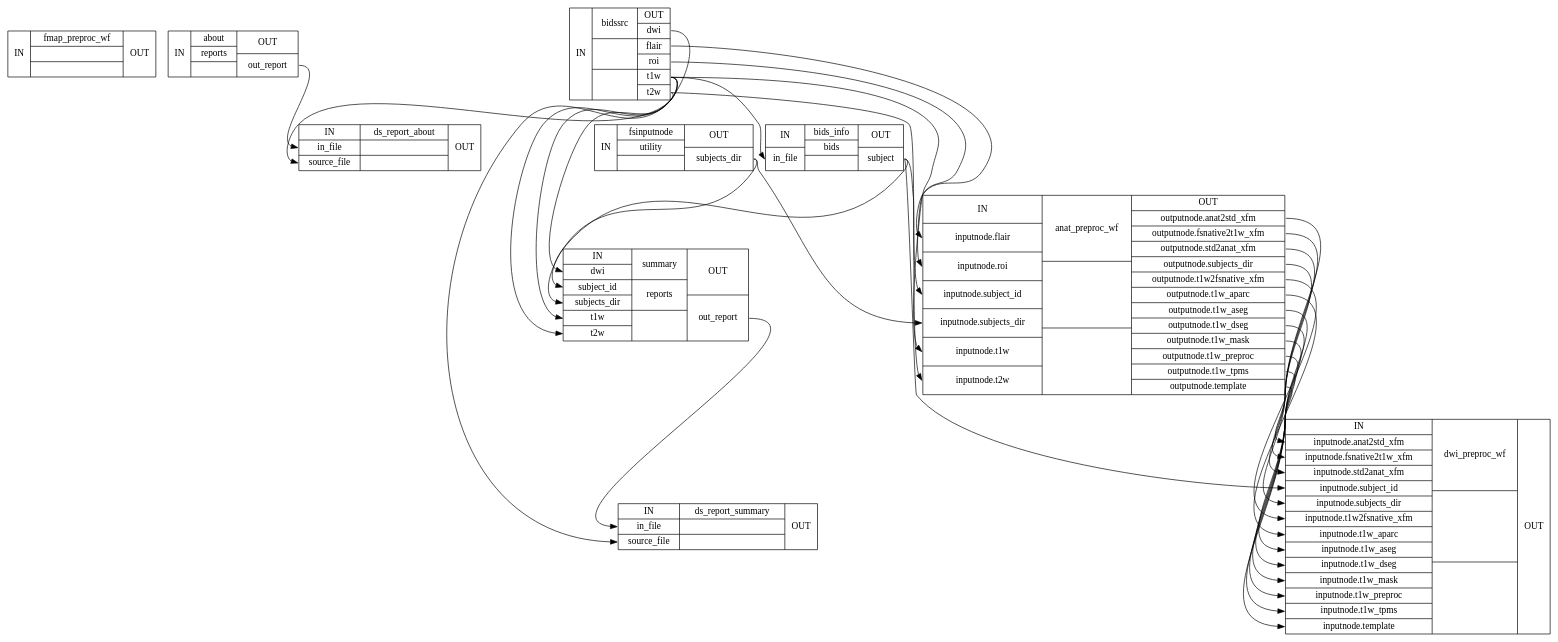
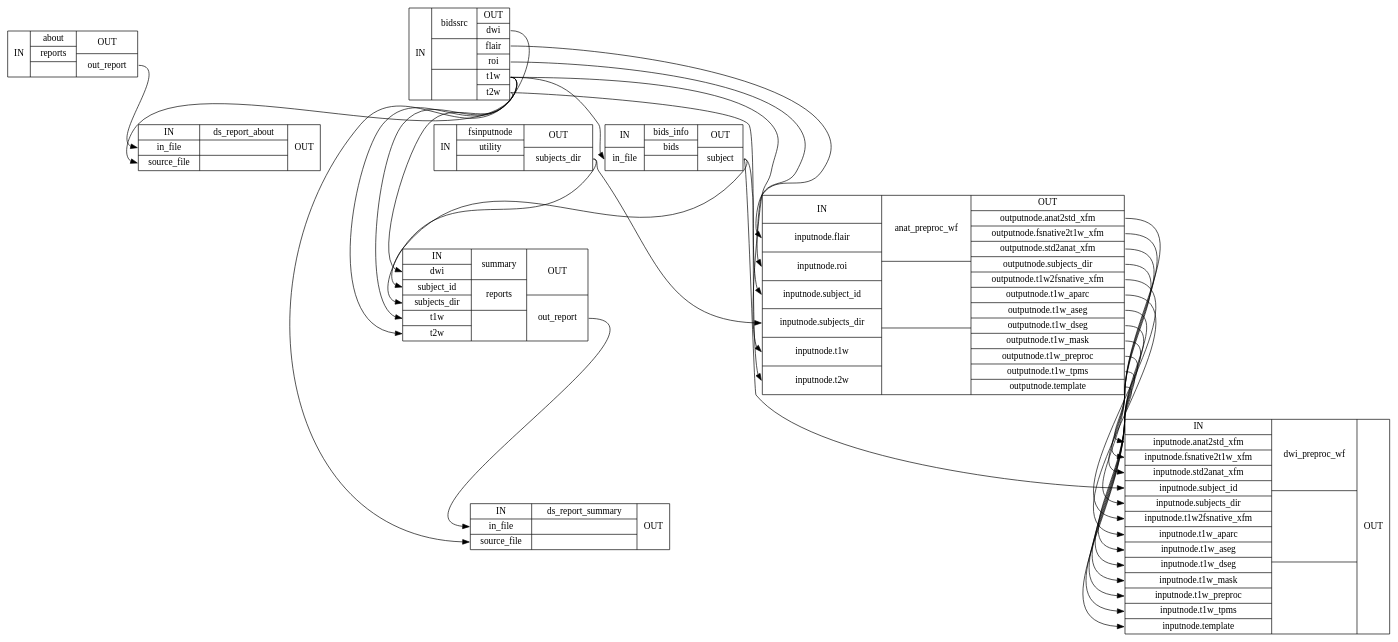
One commit to nipreps/dmriprep changed the diagram in wf_directive/api/single_subject_THP0005_wf/dmriprep-workflows-base-2_detailed.dot. Above: the diagram before and after it, drawn with Graphviz. The commit also changed 302 other files, not shown here.

```diff
--- a/wf_directive/api/single_subject_THP0005_wf/dmriprep-workflows-base-2_detailed.dot
+++ b/wf_directive/api/single_subject_THP0005_wf/dmriprep-workflows-base-2_detailed.dot
@@ -1,42 +1,41 @@
 digraph structs {
 node [shape=record];
-single_subject_THP0005_wffmap_preproc_wf [label="{IN}|{ fmap_preproc_wf |  |  }|{OUT}"];
 single_subject_THP0005_wfabout [label="{IN}|{ about | reports |  }|{OUT|<outoutreport> out_report}"];
 single_subject_THP0005_wfbidssrc [label="{IN}|{ bidssrc |  |  }|{OUT|<outdwi> dwi|<outflair> flair|<outroi> roi|<outt1w> t1w|<outt2w> t2w}"];
 single_subject_THP0005_wfds_report_about [label="{IN|<ininfile> in_file|<insourcefile> source_file}|{ ds_report_about |  |  }|{OUT}"];
 single_subject_THP0005_wfbids_info [label="{IN|<ininfile> in_file}|{ bids_info | bids |  }|{OUT|<outsubject> subject}"];
 single_subject_THP0005_wffsinputnode [label="{IN}|{ fsinputnode | utility |  }|{OUT|<outsubjectsdir> subjects_dir}"];
 single_subject_THP0005_wfsummary [label="{IN|<indwi> dwi|<insubjectid> subject_id|<insubjectsdir> subjects_dir|<int1w> t1w|<int2w> t2w}|{ summary | reports |  }|{OUT|<outoutreport> out_report}"];
 single_subject_THP0005_wfds_report_summary [label="{IN|<ininfile> in_file|<insourcefile> source_file}|{ ds_report_summary |  |  }|{OUT}"];
 single_subject_THP0005_wfanat_preproc_wf [label="{IN|<ininputnodeflair> inputnode.flair|<ininputnoderoi> inputnode.roi|<ininputnodesubjectid> inputnode.subject_id|<ininputnodesubjectsdir> inputnode.subjects_dir|<ininputnodet1w> inputnode.t1w|<ininputnodet2w> inputnode.t2w}|{ anat_preproc_wf |  |  }|{OUT|<outoutputnodeanat2stdxfm> outputnode.anat2std_xfm|<outoutputnodefsnative2t1wxfm> outputnode.fsnative2t1w_xfm|<outoutputnodestd2anatxfm> outputnode.std2anat_xfm|<outoutputnodesubjectsdir> outputnode.subjects_dir|<outoutputnodet1w2fsnativexfm> outputnode.t1w2fsnative_xfm|<outoutputnodet1waparc> outputnode.t1w_aparc|<outoutputnodet1waseg> outputnode.t1w_aseg|<outoutputnodet1wdseg> outputnode.t1w_dseg|<outoutputnodet1wmask> outputnode.t1w_mask|<outoutputnodet1wpreproc> outputnode.t1w_preproc|<outoutputnodet1wtpms> outputnode.t1w_tpms|<outoutputnodetemplate> outputnode.template}"];
 single_subject_THP0005_wfdwi_preproc_wf [label="{IN|<ininputnodeanat2stdxfm> inputnode.anat2std_xfm|<ininputnodefsnative2t1wxfm> inputnode.fsnative2t1w_xfm|<ininputnodestd2anatxfm> inputnode.std2anat_xfm|<ininputnodesubjectid> inputnode.subject_id|<ininputnodesubjectsdir> inputnode.subjects_dir|<ininputnodet1w2fsnativexfm> inputnode.t1w2fsnative_xfm|<ininputnodet1waparc> inputnode.t1w_aparc|<ininputnodet1waseg> inputnode.t1w_aseg|<ininputnodet1wdseg> inputnode.t1w_dseg|<ininputnodet1wmask> inputnode.t1w_mask|<ininputnodet1wpreproc> inputnode.t1w_preproc|<ininputnodet1wtpms> inputnode.t1w_tpms|<ininputnodetemplate> inputnode.template}|{ dwi_preproc_wf |  |  }|{OUT}"];
 single_subject_THP0005_wfabout:outoutreport:e -> single_subject_THP0005_wfds_report_about:ininfile:w;
 single_subject_THP0005_wfanat_preproc_wf:outoutputnodeanat2stdxfm:e -> single_subject_THP0005_wfdwi_preproc_wf:ininputnodeanat2stdxfm:w;
 single_subject_THP0005_wfanat_preproc_wf:outoutputnodefsnative2t1wxfm:e -> single_subject_THP0005_wfdwi_preproc_wf:ininputnodefsnative2t1wxfm:w;
 single_subject_THP0005_wfanat_preproc_wf:outoutputnodestd2anatxfm:e -> single_subject_THP0005_wfdwi_preproc_wf:ininputnodestd2anatxfm:w;
 single_subject_THP0005_wfanat_preproc_wf:outoutputnodesubjectsdir:e -> single_subject_THP0005_wfdwi_preproc_wf:ininputnodesubjectsdir:w;
 single_subject_THP0005_wfanat_preproc_wf:outoutputnodet1w2fsnativexfm:e -> single_subject_THP0005_wfdwi_preproc_wf:ininputnodet1w2fsnativexfm:w;
 single_subject_THP0005_wfanat_preproc_wf:outoutputnodet1waparc:e -> single_subject_THP0005_wfdwi_preproc_wf:ininputnodet1waparc:w;
 single_subject_THP0005_wfanat_preproc_wf:outoutputnodet1waseg:e -> single_subject_THP0005_wfdwi_preproc_wf:ininputnodet1waseg:w;
 single_subject_THP0005_wfanat_preproc_wf:outoutputnodet1wdseg:e -> single_subject_THP0005_wfdwi_preproc_wf:ininputnodet1wdseg:w;
 single_subject_THP0005_wfanat_preproc_wf:outoutputnodet1wmask:e -> single_subject_THP0005_wfdwi_preproc_wf:ininputnodet1wmask:w;
 single_subject_THP0005_wfanat_preproc_wf:outoutputnodet1wpreproc:e -> single_subject_THP0005_wfdwi_preproc_wf:ininputnodet1wpreproc:w;
 single_subject_THP0005_wfanat_preproc_wf:outoutputnodet1wtpms:e -> single_subject_THP0005_wfdwi_preproc_wf:ininputnodet1wtpms:w;
 single_subject_THP0005_wfanat_preproc_wf:outoutputnodetemplate:e -> single_subject_THP0005_wfdwi_preproc_wf:ininputnodetemplate:w;
 single_subject_THP0005_wfbids_info:outsubject:e -> single_subject_THP0005_wfanat_preproc_wf:ininputnodesubjectid:w;
 single_subject_THP0005_wfbids_info:outsubject:e -> single_subject_THP0005_wfdwi_preproc_wf:ininputnodesubjectid:w;
 single_subject_THP0005_wfbids_info:outsubject:e -> single_subject_THP0005_wfsummary:insubjectid:w;
 single_subject_THP0005_wfbidssrc:outdwi:e -> single_subject_THP0005_wfsummary:indwi:w;
 single_subject_THP0005_wfbidssrc:outflair:e -> single_subject_THP0005_wfanat_preproc_wf:ininputnodeflair:w;
 single_subject_THP0005_wfbidssrc:outroi:e -> single_subject_THP0005_wfanat_preproc_wf:ininputnoderoi:w;
 single_subject_THP0005_wfbidssrc:outt1w:e -> single_subject_THP0005_wfanat_preproc_wf:ininputnodet1w:w;
 single_subject_THP0005_wfbidssrc:outt1w:e -> single_subject_THP0005_wfbids_info:ininfile:w;
 single_subject_THP0005_wfbidssrc:outt1w:e -> single_subject_THP0005_wfds_report_about:insourcefile:w;
 single_subject_THP0005_wfbidssrc:outt1w:e -> single_subject_THP0005_wfds_report_summary:insourcefile:w;
 single_subject_THP0005_wfbidssrc:outt1w:e -> single_subject_THP0005_wfsummary:int1w:w;
 single_subject_THP0005_wfbidssrc:outt2w:e -> single_subject_THP0005_wfanat_preproc_wf:ininputnodet2w:w;
 single_subject_THP0005_wfbidssrc:outt2w:e -> single_subject_THP0005_wfsummary:int2w:w;
 single_subject_THP0005_wffsinputnode:outsubjectsdir:e -> single_subject_THP0005_wfanat_preproc_wf:ininputnodesubjectsdir:w;
 single_subject_THP0005_wffsinputnode:outsubjectsdir:e -> single_subject_THP0005_wfsummary:insubjectsdir:w;
 single_subject_THP0005_wfsummary:outoutreport:e -> single_subject_THP0005_wfds_report_summary:ininfile:w;
 }
```
